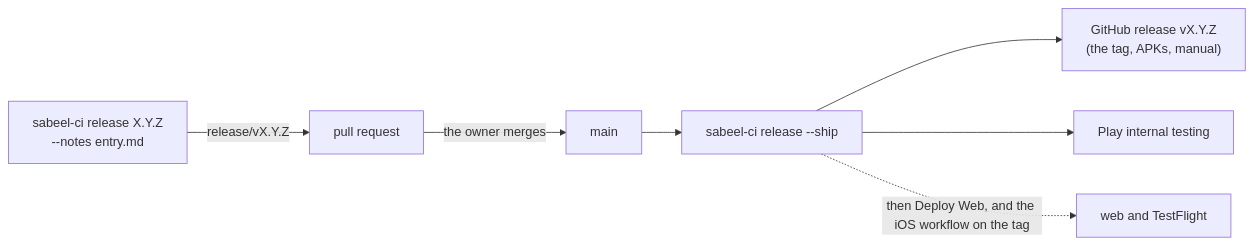
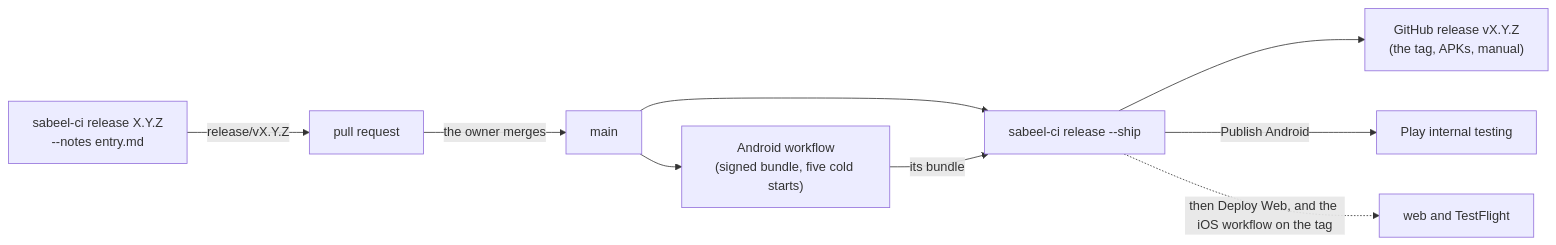
Before and after one commit to Sabeel-Institute/ci-tools: the second of 2 diagrams in README.md, drawn with Mermaid. The commit also changed other lines of this file and 4 other files, not shown here.

````diff
--- a/README.md
+++ b/README.md
@@ -314,9 +314,11 @@
 ```mermaid
 flowchart LR
   A["sabeel-ci release X.Y.Z<br/>--notes entry.md"] -- "release/vX.Y.Z" --> P[pull request]
   P -- "the owner merges" --> M[main]
+  M --> C["Android workflow<br/>(signed bundle, five cold starts)"]
   M --> S["sabeel-ci release --ship"]
+  C -- "its bundle" --> S
   S --> G["GitHub release vX.Y.Z<br/>(the tag, APKs, manual)"]
-  S --> Y[Play internal testing]
+  S -- "Publish Android" --> Y[Play internal testing]
   S -. "then Deploy Web, and the iOS workflow on the tag" .-> W[web and TestFlight]
 ```
````
